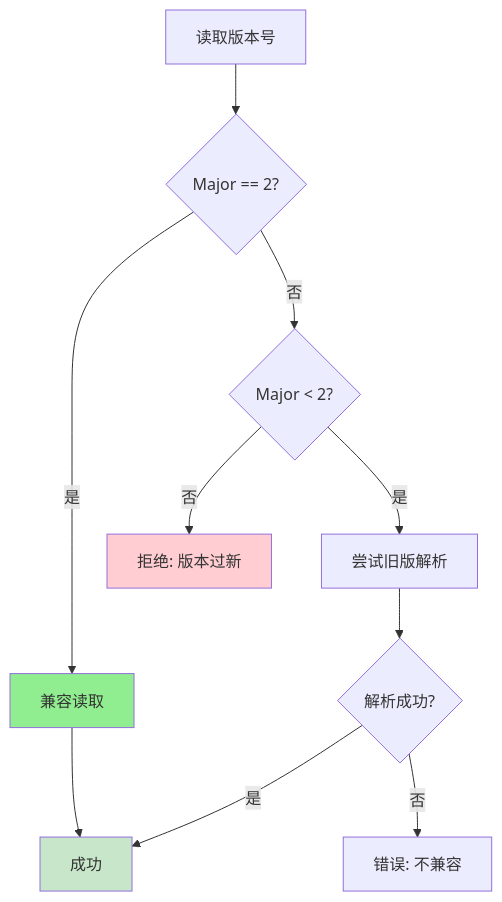
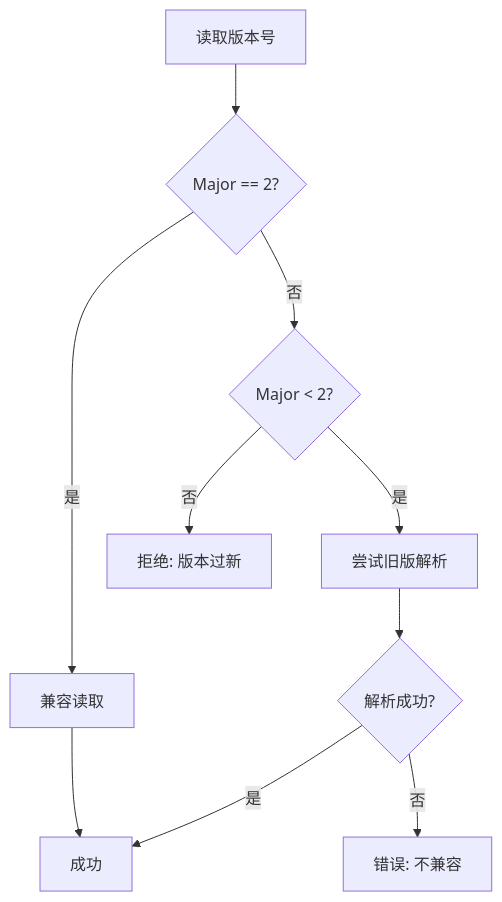
One commit to open-genomics/fq-compressor-rust changed the fifth of 5 diagrams in docs/zh/reference/format-spec.md. Above: the diagram before and after it, drawn with Mermaid. The commit also changed other lines of this file and 23 other files, not shown here.

````diff
--- a/docs/zh/reference/format-spec.md
+++ b/docs/zh/reference/format-spec.md
@@ -238,17 +227,14 @@
 ```mermaid
 flowchart TD
     A[读取版本号] --> B{Major == 2?}
     B -->|是| C[兼容读取]
     B -->|否| D{Major < 2?}
     D -->|是| E[尝试旧版解析]
     D -->|否| F[拒绝: 版本过新]
     
     C --> G[成功]
     E --> H{解析成功?}
     H -->|是| G
     H -->|否| I[错误: 不兼容]
     
-    style C fill:#90EE90
-    style F fill:#FFCDD2
-    style G fill:#C8E6C9
 ```
````
